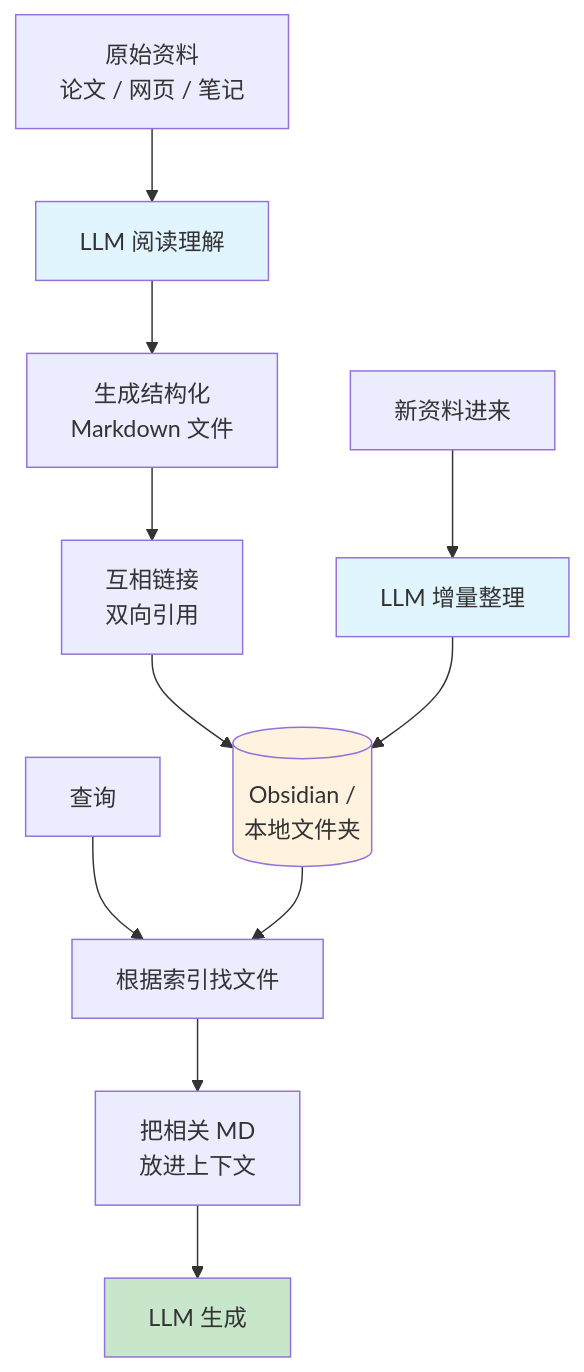
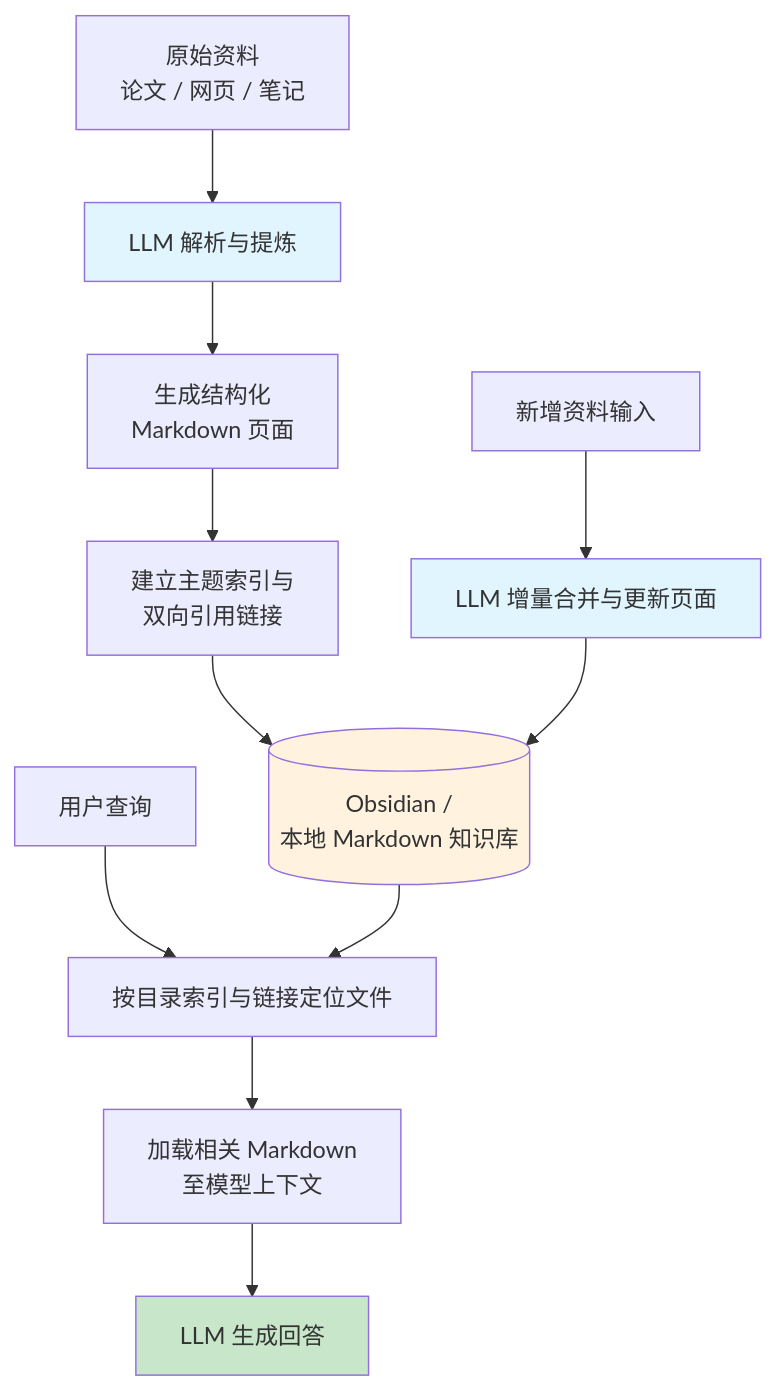
Before and after one commit to GuoWWWX/knowledge-base: the fifth of 14 diagrams in 10-AI应用开发/00-总览/AI应用开发学习路径.md, drawn with Mermaid. The commit also changed other lines of this file and 251 other files, not shown here.

````diff
--- a/10-AI应用开发/00-总览/AI应用开发学习路径.md
+++ b/10-AI应用开发/00-总览/AI应用开发学习路径.md
@@ -738,20 +710,20 @@
 ```mermaid
 flowchart TD
-    A[原始资料<br/>论文 / 网页 / 笔记] --> B[LLM 阅读理解]
-    B --> C[生成结构化<br/>Markdown 文件]
-    C --> D[互相链接<br/>双向引用]
-    D --> E[(Obsidian /<br/>本地文件夹)]
+    A[原始资料<br/>论文 / 网页 / 笔记] --> B[LLM 解析与提炼]
+    B --> C[生成结构化<br/>Markdown 页面]
+    C --> D[建立主题索引与<br/>双向引用链接]
+    D --> E[(Obsidian /<br/>本地 Markdown 知识库)]
     
-    F[查询] --> G[根据索引找文件]
+    F[用户查询] --> G[按目录索引与链接定位文件]
     E --> G
-    G --> H[把相关 MD<br/>放进上下文]
-    H --> I[LLM 生成]
+    G --> H[加载相关 Markdown<br/>至模型上下文]
+    H --> I[LLM 生成回答]
     
-    J[新资料进来] --> K[LLM 增量整理]
+    J[新增资料输入] --> K[LLM 增量合并与更新页面]
     K --> E
     
     style E fill:#fff3e0
     style I fill:#c8e6c9
     style B fill:#e1f5ff
     style K fill:#e1f5ff
 ```
````
